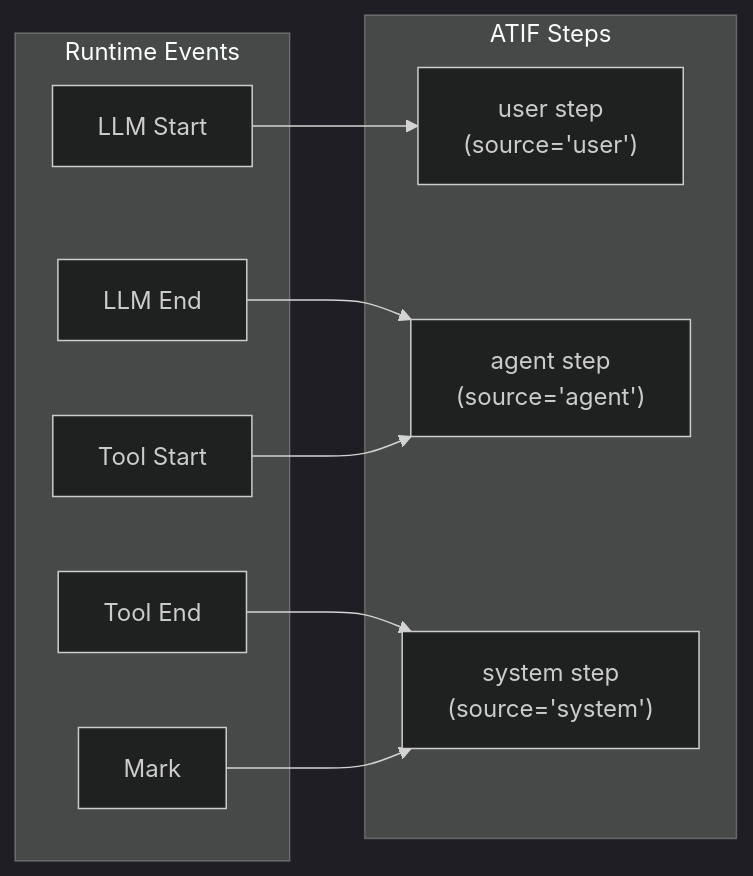
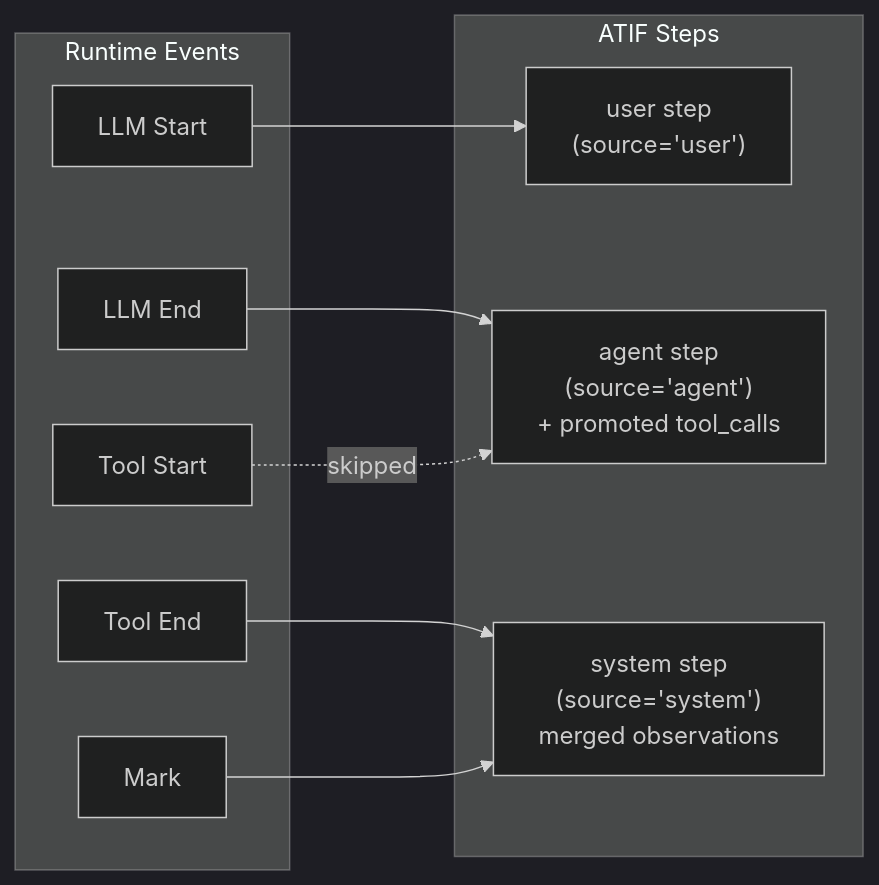
One commit to NVIDIA/NeMo-Relay changed the diagram in docs/atif-export.md. Above: the diagram before and after it, drawn with Mermaid (dark theme). The commit also changed other lines of this file and 35 other files, not shown here.

````diff
--- a/docs/atif-export.md
+++ b/docs/atif-export.md
@@ -55,22 +55,22 @@
 ```mermaid
 flowchart LR
     subgraph "Runtime Events"
         LS["LLM Start"]
         LE["LLM End"]
         TS["Tool Start"]
         TE["Tool End"]
         MK["Mark"]
     end
 
     subgraph "ATIF Steps"
         US["user step<br/>(source='user')"]
-        AS["agent step<br/>(source='agent')"]
-        SS["system step<br/>(source='system')"]
+        AS["agent step<br/>(source='agent')<br/>+ promoted tool_calls"]
+        SS["system step<br/>(source='system')<br/>merged observations"]
     end
 
     LS --> US
     LE --> AS
-    TS --> AS
+    TS -.->|skipped| AS
     TE --> SS
     MK --> SS
 ```
````
